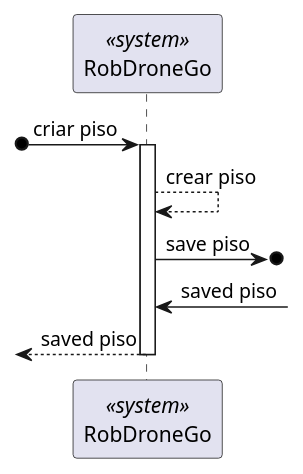
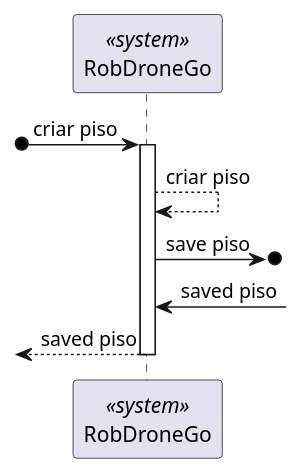
One commit to rpeir/LAPR5 changed the diagram in docs/US180/Nivel1VistaProcessos.puml. Above: the diagram before and after it, drawn with PlantUML. The commit also changed 3 other files, not shown here.

```diff
--- a/docs/US180/Nivel1VistaProcessos.puml
+++ b/docs/US180/Nivel1VistaProcessos.puml
@@ -1,20 +1,20 @@
 @startuml
 
 
 
-participant RobDroneGo <<system>> 
+participant RobDroneGo <<system>>
 
 
 
 ?o-> RobDroneGo : criar piso
 activate RobDroneGo
-RobDroneGo --> RobDroneGo :crear piso
+RobDroneGo --> RobDroneGo :criar piso
 
 RobDroneGo ->o] : save piso
 ]-> RobDroneGo : saved piso
 
 ?<-- RobDroneGo  : saved piso
 deactivate RobDroneGo
 
 
 @enduml
```
